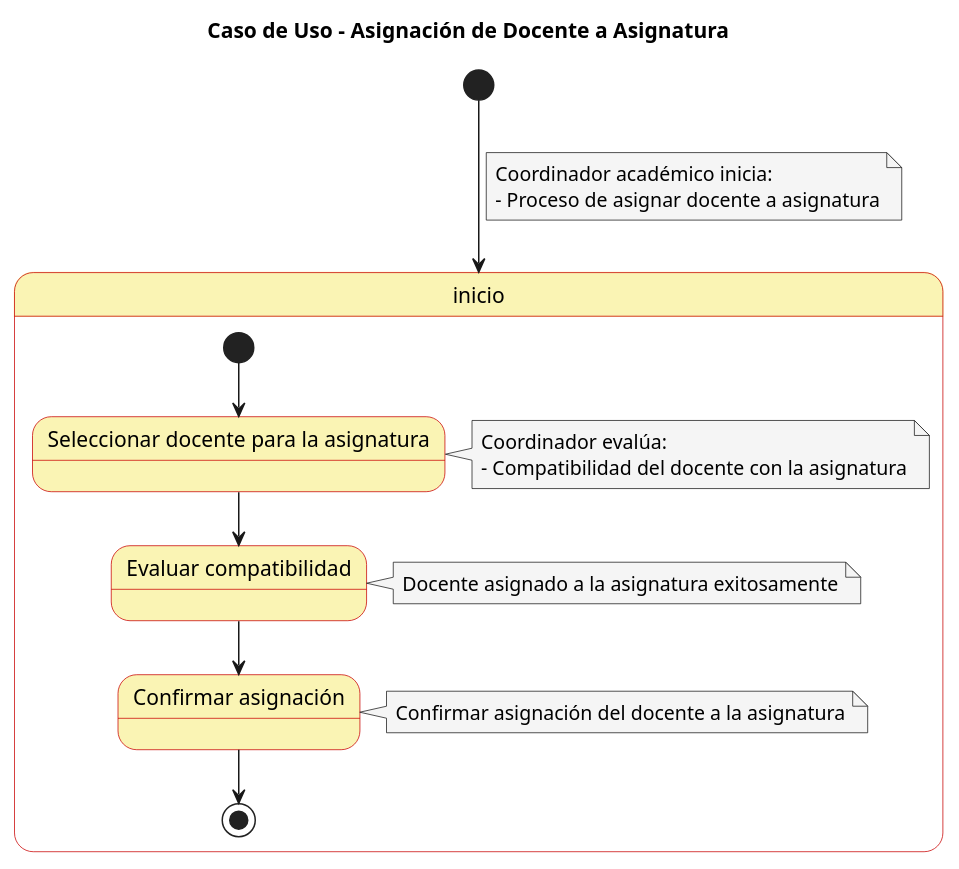
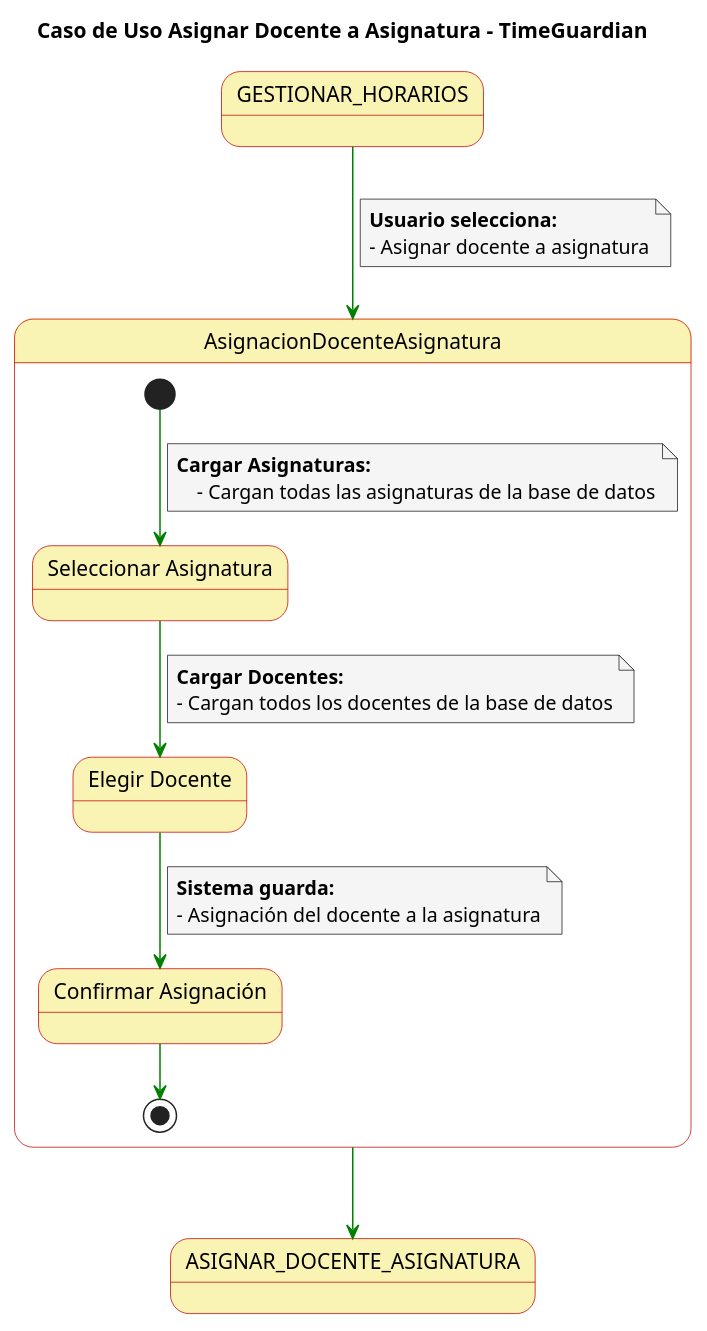
One commit to FernandoWilliam26/23-24-IdSw1-SDR changed the diagram in Casos de Uso/Detalle de DocenteAsignatura.puml. Above: the diagram before and after it, drawn with PlantUML. The commit also changed 1 other file, not shown here.

Commit message:
Cambiando detalle de asignacion DocenteAsignatura

```diff
--- a/Casos de Uso/Detalle de DocenteAsignatura.puml
+++ b/Casos de Uso/Detalle de DocenteAsignatura.puml
@@ -1,44 +1,46 @@
 @startuml
-
 skinparam state {
   BackgroundColor #faf4b4
   BorderColor #c90000
 }
 
 skinparam note {
   BackgroundColor #f5f5f5
 }
 
-title Caso de Uso - Asignación de Docente a Asignatura
+skinparam linetype polyline
 
-[*] --> inicio
+title Caso de Uso Asignar Docente a Asignatura - TimeGuardian
+
+GESTIONAR_HORARIOS-[#green]-> AsignacionDocenteAsignatura
 note on link
-  Coordinador académico inicia:
-  - Proceso de asignar docente a asignatura
+  **Usuario selecciona:**
+  - Asignar docente a asignatura
 end note
 
-state inicio {
-  [*] --> seleccionar_docente
-  state "Seleccionar docente para la asignatura" as seleccionar_docente
+state AsignacionDocenteAsignatura {
+  state "Seleccionar Asignatura" as SeleccionarAsignatura
+  state "Elegir Docente" as ElegirDocente
+  state "Confirmar Asignación" as Confirmar
+  
 
-  seleccionar_docente --> evaluar_compatibilidad
-  note right of seleccionar_docente
-    Coordinador evalúa:
-    - Compatibilidad del docente con la asignatura
+  [*] -[#green]-> SeleccionarAsignatura
+note on link
+**Cargar Asignaturas:**
+    - Cargan todas las asignaturas de la base de datos
+end note
+  SeleccionarAsignatura -[#green]-> ElegirDocente
+  note on link
+    **Cargar Docentes:**
+    - Cargan todos los docentes de la base de datos
   end note
-
-  state "Evaluar compatibilidad" as evaluar_compatibilidad
-
-  evaluar_compatibilidad --> confirmar_asignacion
-  note right of evaluar_compatibilidad
-    Docente asignado a la asignatura exitosamente
+  ElegirDocente -[#green]-> Confirmar
+  note on link
+    **Sistema guarda:**
+    - Asignación del docente a la asignatura
   end note
-
-  state "Confirmar asignación" as confirmar_asignacion
-  confirmar_asignacion --> [*]
-  note right of confirmar_asignacion
-    Confirmar asignación del docente a la asignatura
-  end note
+  Confirmar -[#green]-> [*]
 }
 
+AsignacionDocenteAsignatura -[#green]-> ASIGNAR_DOCENTE_ASIGNATURA
 @enduml
```
